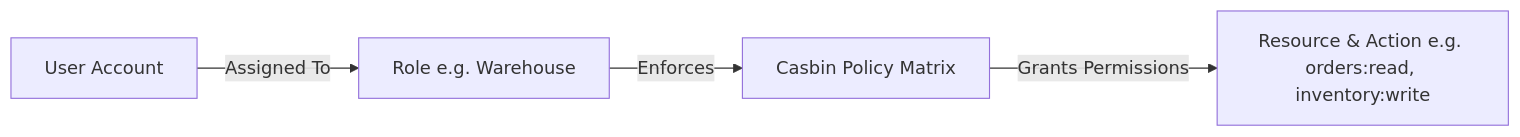
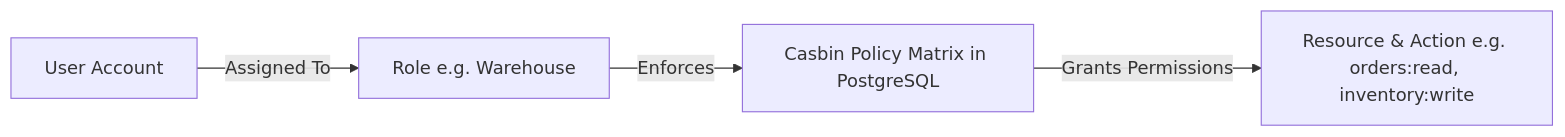
The diagram in docs/user/admin_users_roles.md (herobmdotcom/herobm), drawn with Mermaid before and after one commit. The commit also changed other lines of this file and 22 other files, not shown here.

````diff
--- a/docs/user/admin_users_roles.md
+++ b/docs/user/admin_users_roles.md
@@ -39,6 +39,6 @@
 ```mermaid
 flowchart LR
     User[User Account] -->|Assigned To| Role[Role e.g. Warehouse]
-    Role -->|Enforces| Policy[Casbin Policy Matrix]
+    Role -->|Enforces| Policy[Casbin Policy Matrix in PostgreSQL]
     Policy -->|Grants Permissions| Res[Resource & Action e.g. orders:read, inventory:write]
 ```
````
